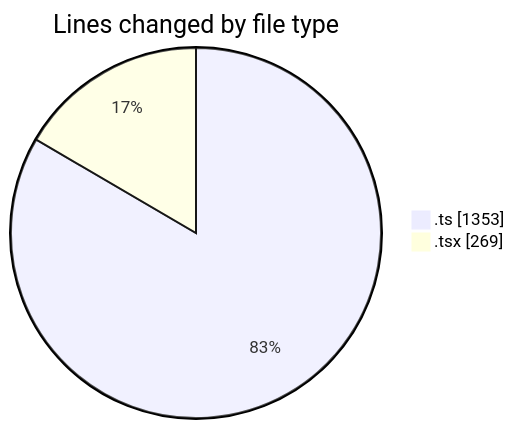
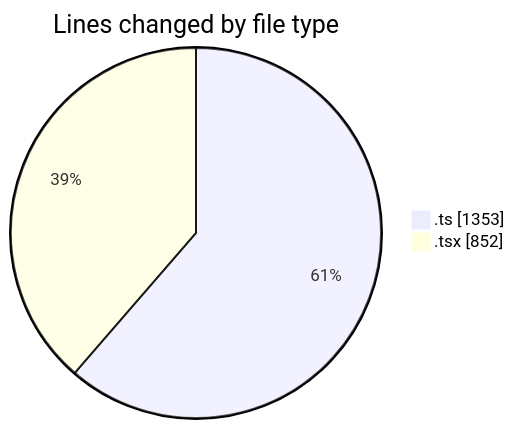
One commit to nxtqubesakshisongat/code-tracking changed the first of 2 diagrams in 2026-03-12/nxtqube_webapp/README.md. Above: the diagram before and after it, drawn with Mermaid. The commit also changed other lines of this file and 1 other file, not shown here.

````diff
--- a/2026-03-12/nxtqube_webapp/README.md
+++ b/2026-03-12/nxtqube_webapp/README.md
@@ -26,6 +27,6 @@
 ```mermaid
 pie showData
 title Lines changed by file type
 ".ts" : 1353
-".tsx" : 269
+".tsx" : 852
 ```
````
